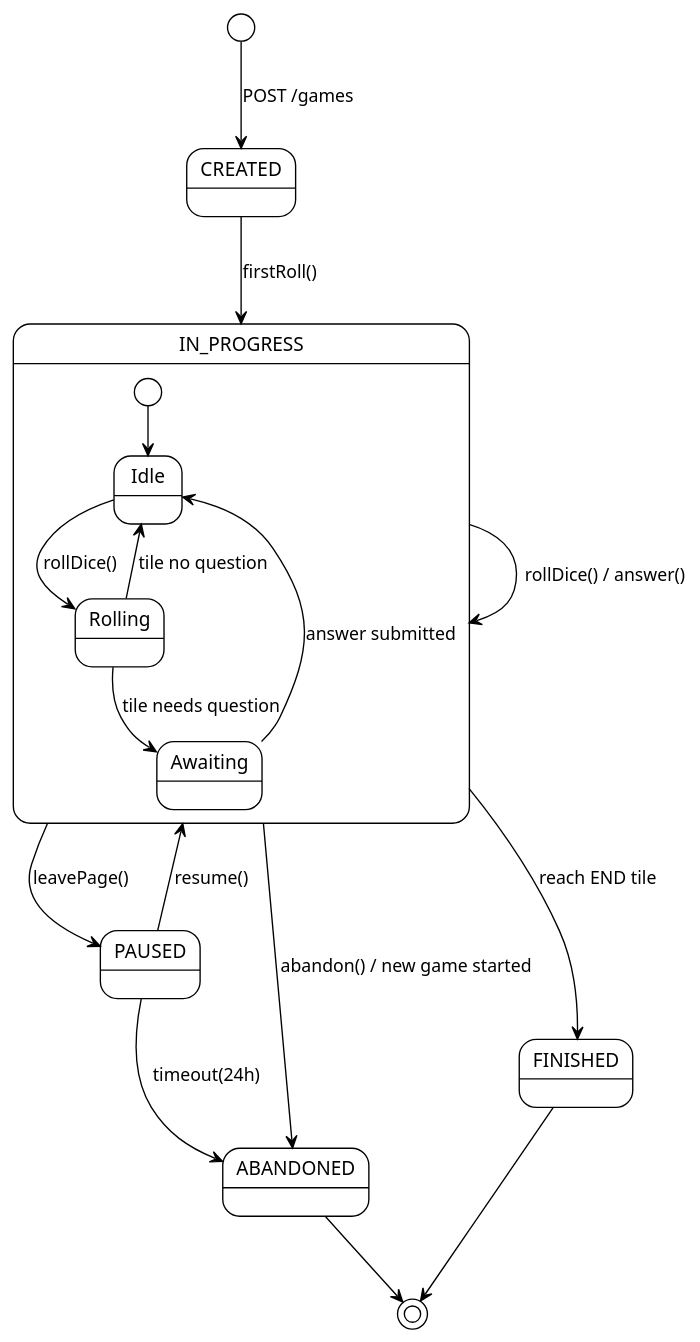
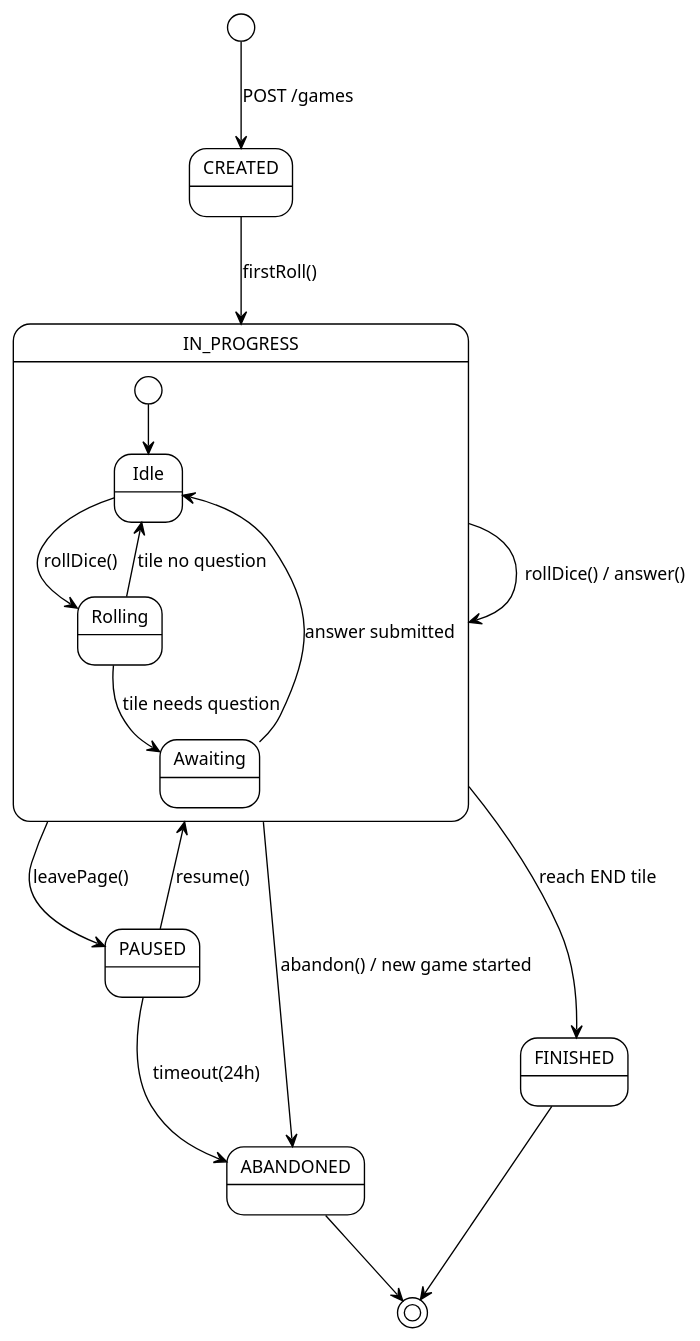
One commit to shanchuann/Lingo_Quest changed the diagram in docs/uml/10_state_game.puml. Above: the diagram before and after it, drawn with PlantUML. The commit also changed 116 other files, not shown here.

Commit message:
docs:updata uml diagram

```diff
--- a/docs/uml/10_state_game.puml
+++ b/docs/uml/10_state_game.puml
@@ -1,24 +1,26 @@
 @startuml state_game
 !theme plain
+skinparam defaultFontName "Microsoft YaHei"
+skinparam defaultFontSize 13
 skinparam shadowing false
 
 [*] --> CREATED : POST /games
 
 CREATED --> IN_PROGRESS : firstRoll()
 IN_PROGRESS --> IN_PROGRESS : rollDice() / answer()
 IN_PROGRESS --> PAUSED : leavePage()
 PAUSED --> IN_PROGRESS : resume()
 IN_PROGRESS --> FINISHED : reach END tile
 IN_PROGRESS --> ABANDONED : abandon() / new game started
 PAUSED --> ABANDONED : timeout(24h)
 FINISHED --> [*]
 ABANDONED --> [*]
 
 state IN_PROGRESS {
   [*] --> Idle
   Idle --> Rolling : rollDice()
   Rolling --> Awaiting : tile needs question
   Rolling --> Idle    : tile no question
   Awaiting --> Idle   : answer submitted
 }
 @enduml
```
